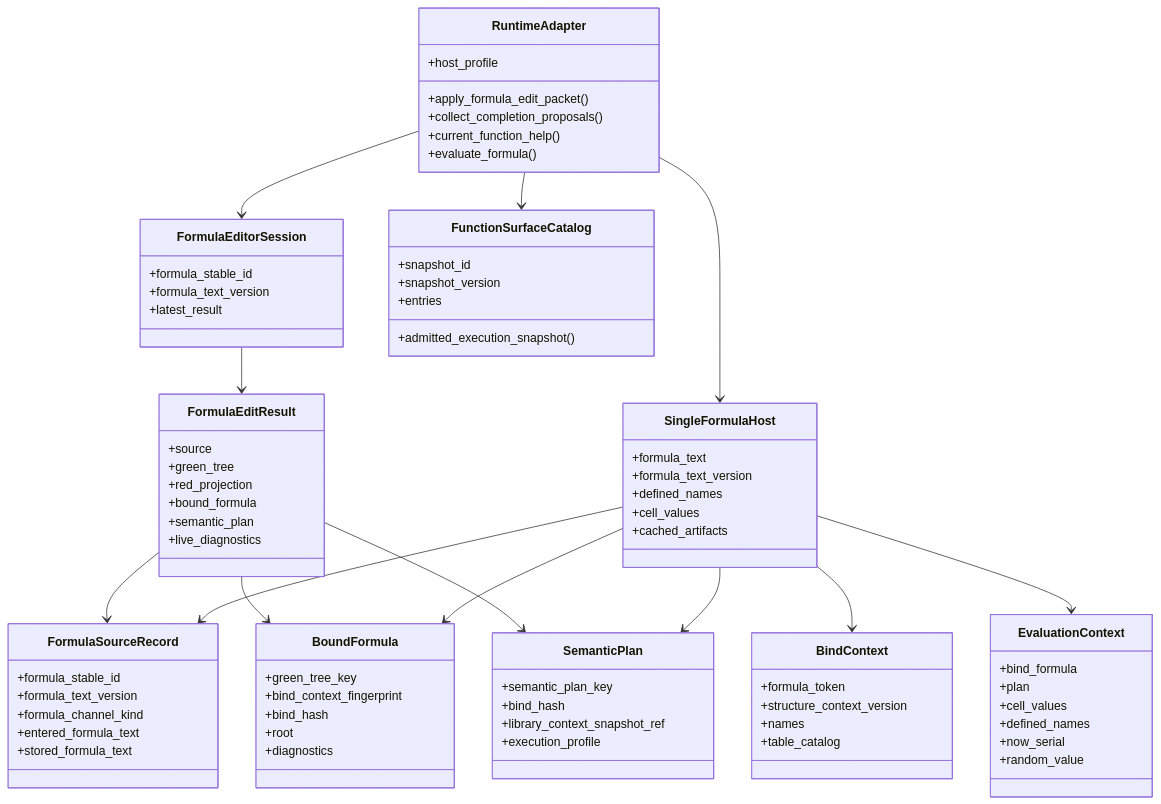
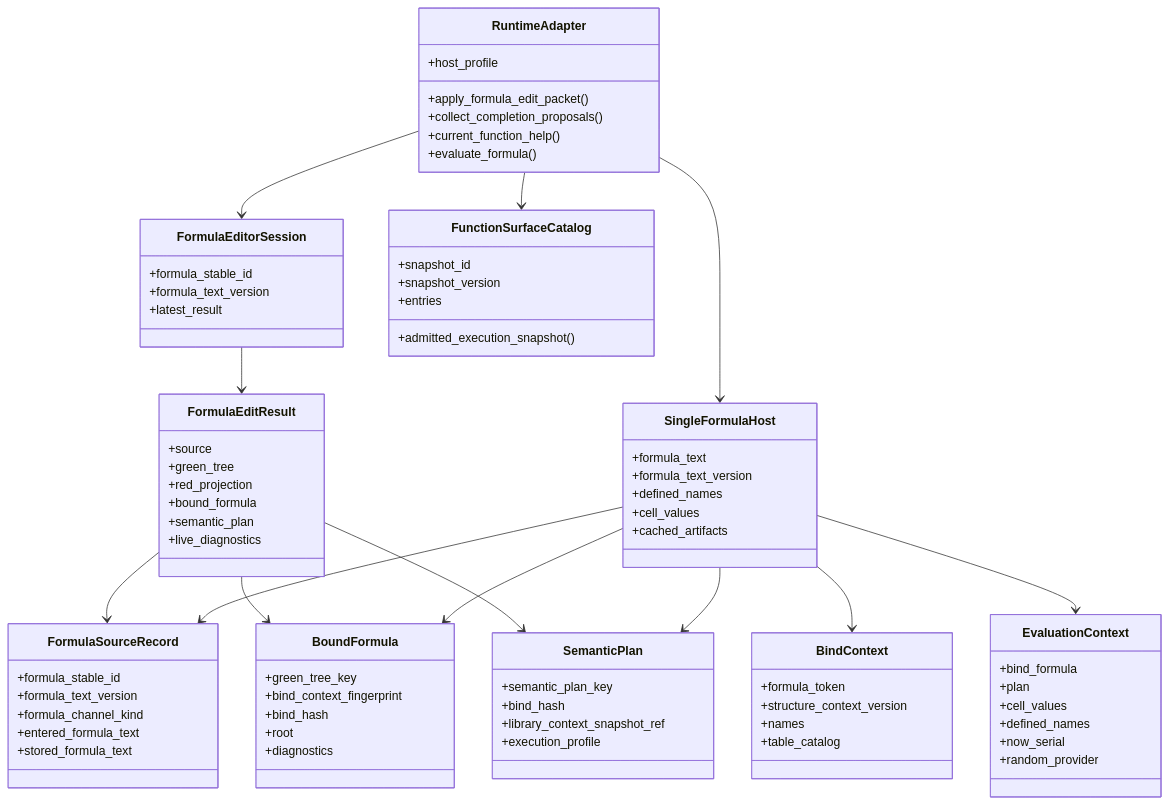
One commit to DnaCalc/DnaOneCalc changed the fourth of 4 diagrams in docs/OC_H1_ENGINE_XRAY_2026-04-02.md. Above: the diagram before and after it, drawn with Mermaid. The commit also changed other lines of this file and 17 other files, not shown here.

```diff
--- a/docs/OC_H1_ENGINE_XRAY_2026-04-02.md
+++ b/docs/OC_H1_ENGINE_XRAY_2026-04-02.md
@@ -1047,7 +1047,7 @@
       +cell_values
       +defined_names
       +now_serial
-      +random_value
+      +random_provider
     }
 
     RuntimeAdapter --> FunctionSurfaceCatalog
```
